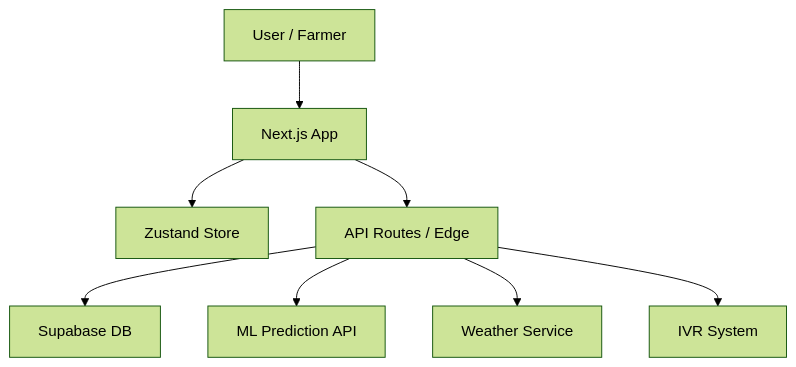
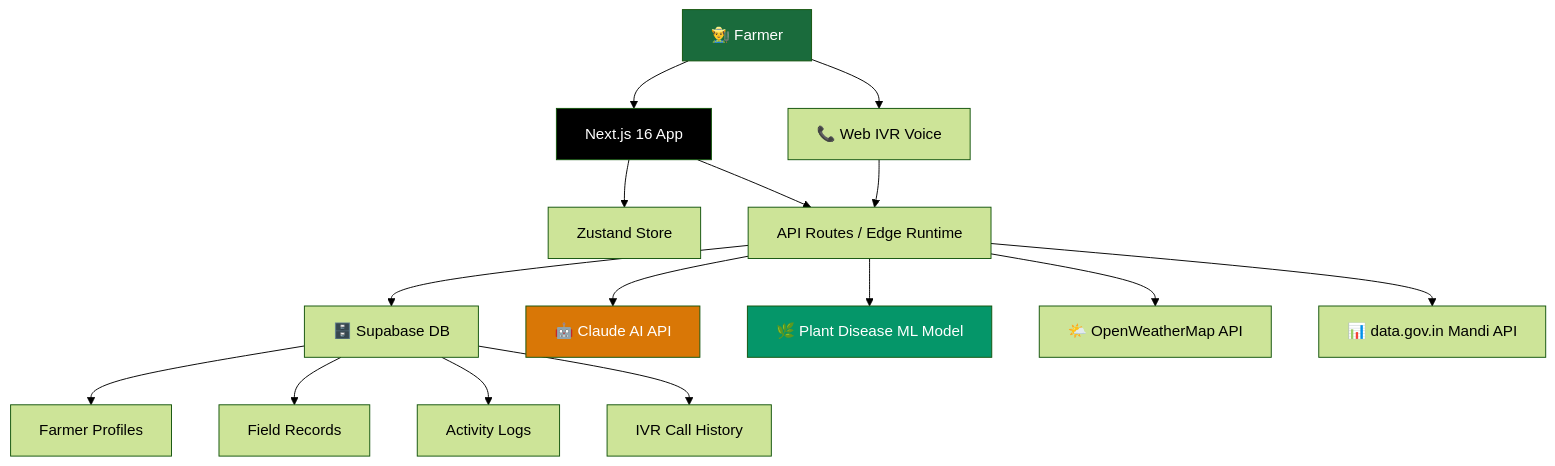
The diagram in README.md (vineetm1204-m/agrisaarthi), drawn with Mermaid (forest theme) before and after one commit. The commit also changed other lines of this file, not shown here.

````diff
--- a/README.md
+++ b/README.md
@@ -87,10 +251,26 @@
 ```mermaid
 graph TD
-    A[User / Farmer] --> B[Next.js App]
-    B --> C[Zustand Store]
-    B --> D[API Routes / Edge]
-    D --> E[Supabase DB]
-    D --> F[ML Prediction API]
-    D --> G[Weather Service]
-    D --> H[IVR System]
+    A["👨‍🌾 Farmer"] --> B["Next.js 16 App"]
+    A --> C["📞 Web IVR Voice"]
+
+    B --> D["Zustand Store"]
+    B --> E["API Routes / Edge Runtime"]
+
+    C --> E
+
+    E --> F["🗄️ Supabase DB"]
+    E --> G["🤖 Claude AI API"]
+    E --> H["🌿 Plant Disease ML Model"]
+    E --> I["🌤️ OpenWeatherMap API"]
+    E --> J["📊 data.gov.in Mandi API"]
+
+    F --> K["Farmer Profiles"]
+    F --> L["Field Records"]
+    F --> M["Activity Logs"]
+    F --> N["IVR Call History"]
+
+    style A fill:#1a6b3c,color:#fff
+    style B fill:#000,color:#fff
+    style G fill:#d97706,color:#fff
+    style H fill:#059669,color:#fff
 ```
````
